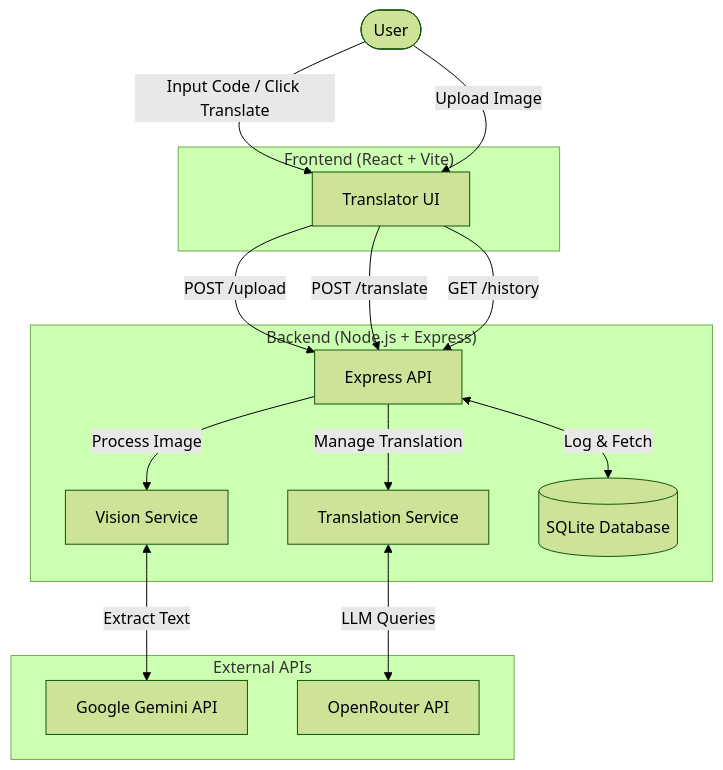
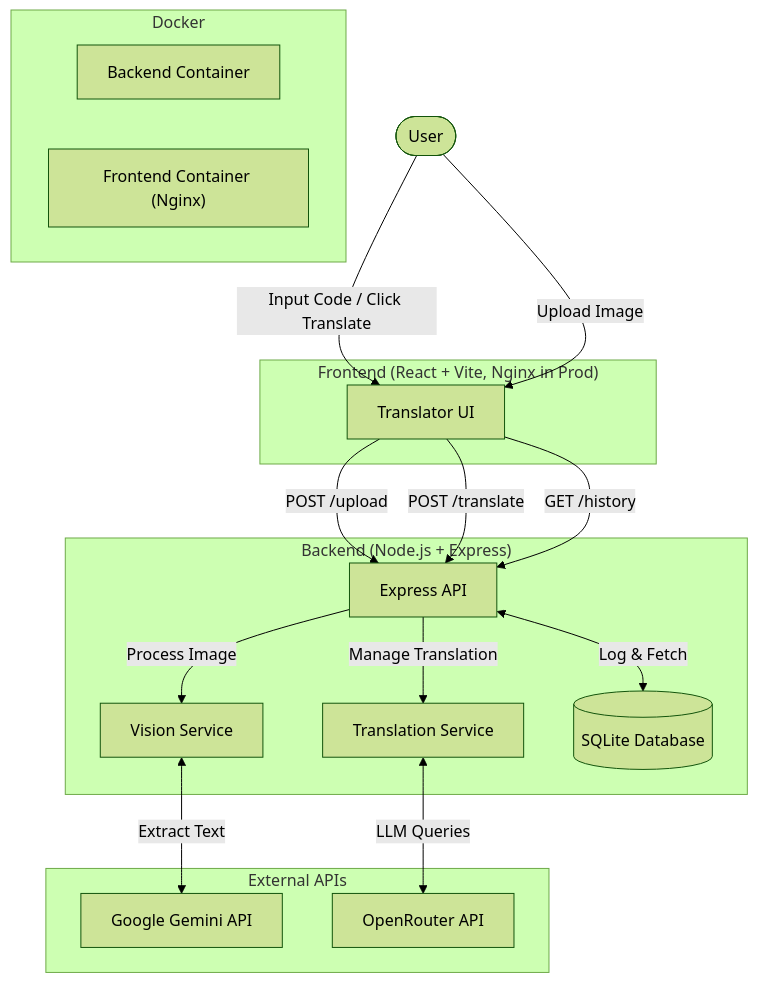
One commit to sudo-Harshk/Codemorpher changed the diagram in docs/architecture.md. Above: the diagram before and after it, drawn with Mermaid (forest theme). The commit also changed other lines of this file and 2 other files, not shown here.

````diff
--- a/docs/architecture.md
+++ b/docs/architecture.md
@@ -9,35 +9,40 @@
 ```mermaid
 graph TD
     User([User])
     
-    subgraph Frontend ["Frontend (React + Vite)"]
+    subgraph Frontend ["Frontend (React + Vite, Nginx in Prod)"]
         UI["Translator UI"]
     end
     
     subgraph Backend ["Backend (Node.js + Express)"]
         API["Express API"]
         Vision["Vision Service"]
         Translators["Translation Service"]
         DB[("SQLite Database")]
+    end
+    
+    subgraph Containerization ["Docker"]
+        DockerBackend["Backend Container"]
+        DockerFrontend["Frontend Container (Nginx)"]
     end
     
     subgraph External ["External APIs"]
         Gemini["Google Gemini API"]
         OpenRouter["OpenRouter API"]
     end
     
     User -->|"Input Code / Click Translate"| UI
     User -->|"Upload Image"| UI
     
     UI -->|"POST /upload"| API
     UI -->|"POST /translate"| API
     UI -->|"GET /history"| API
     
     API -->|"Process Image"| Vision
     API -->|"Manage Translation"| Translators
     
     Vision <-->|"Extract Text"| Gemini
     Translators <-->|"LLM Queries"| OpenRouter
     
     API <-->|"Log & Fetch"| DB
 ```
````
